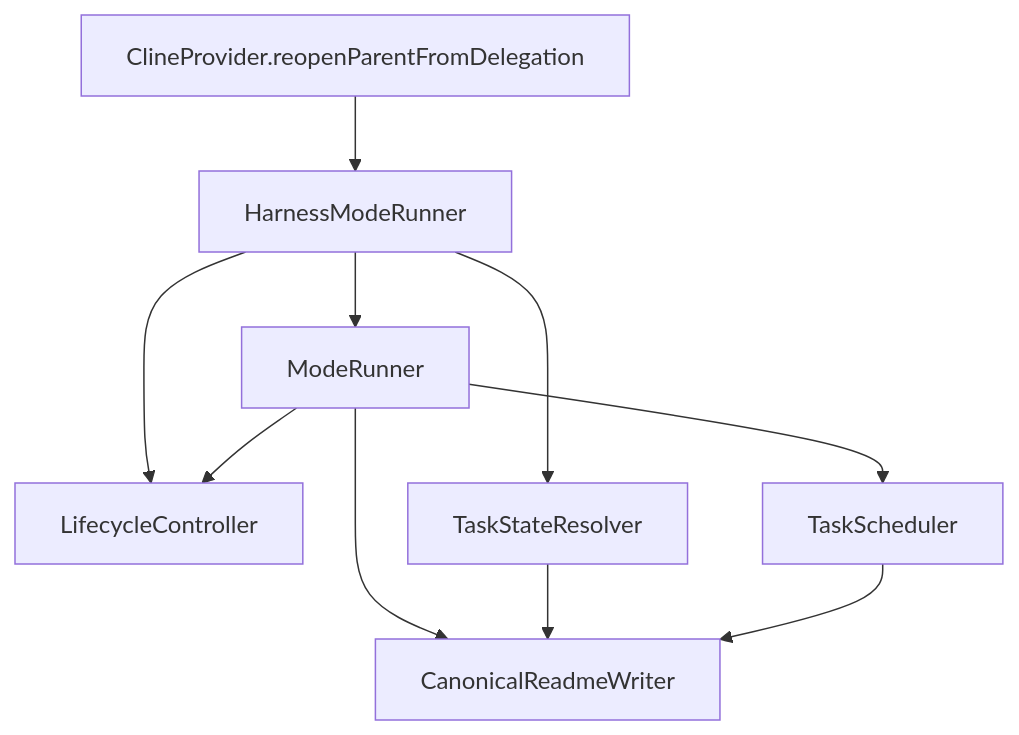
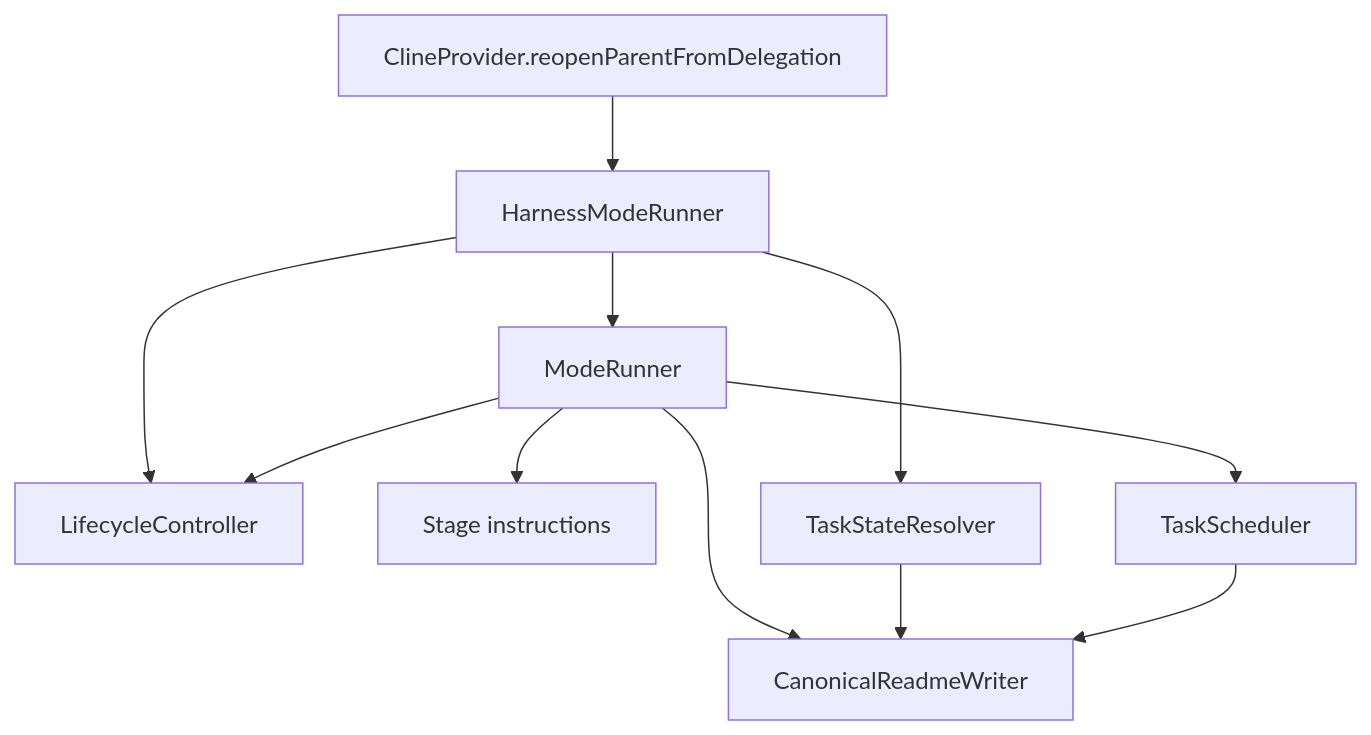
Before and after one commit to Svet6os6laV6/Zoo-Code: the diagram in docs/architecture/harness-stage-lifecycle-model.md, drawn with Mermaid. The commit also changed other lines of this file and 27 other files, not shown here.

````diff
--- a/docs/architecture/harness-stage-lifecycle-model.md
+++ b/docs/architecture/harness-stage-lifecycle-model.md
@@ -14,19 +14,21 @@
 ```mermaid
 graph TD
     CP[ClineProvider.reopenParentFromDelegation]
     HMR[HarnessModeRunner]
     LC[LifecycleController]
     MR[ModeRunner]
+    SI[Stage instructions]
     TS[TaskScheduler]
     TSR[TaskStateResolver]
     RW[CanonicalReadmeWriter]
     CP --> HMR
     HMR --> LC
     HMR --> TSR
     HMR --> MR
     MR --> LC
+    MR --> SI
     MR --> TS
     MR --> RW
     TSR --> RW
     TS --> RW
 ```
````
